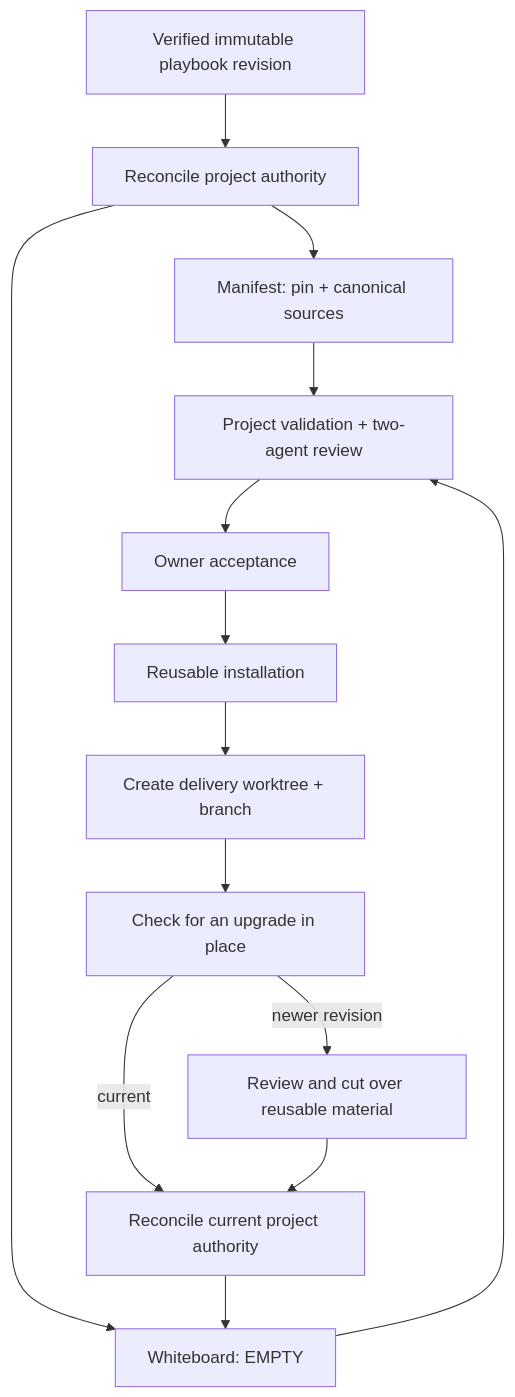
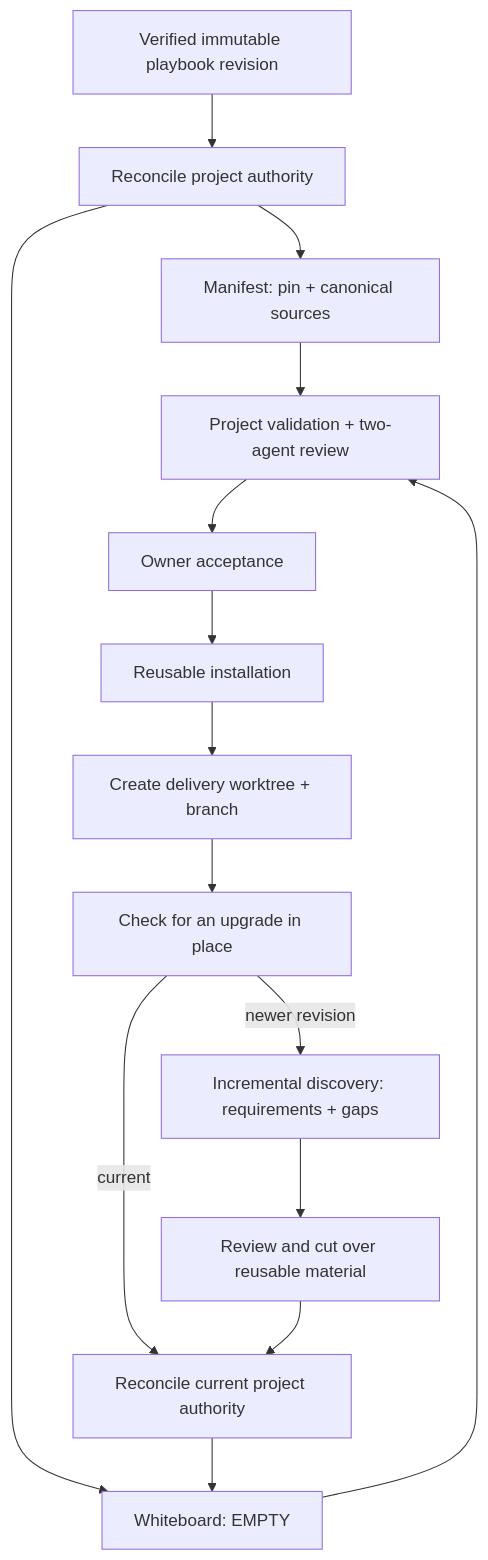
Before and after one commit to hhhhhusky777/spec-driven-delivery-playbook: the third of 15 diagrams in README.md, drawn with Mermaid. The commit also changed other lines of this file and 6 other files, not shown here.

````diff
--- a/README.md
+++ b/README.md
@@ -212,16 +217,17 @@
 ```mermaid
 flowchart TD
     S["Verified immutable playbook revision"] --> R["Reconcile project authority"]
     R --> M["Manifest: pin + canonical sources"]
     R --> W["Whiteboard: EMPTY"]
     M --> V["Project validation + two-agent review"]
     W --> V
     V --> H["Owner acceptance"]
     H --> U["Reusable installation"]
     U --> B["Create delivery worktree + branch"]
     B --> N["Check for an upgrade in place"]
     N -->|"current"| A["Reconcile current project authority"]
-    N -->|"newer revision"| C["Review and cut over reusable material"]
+    N -->|"newer revision"| D["Incremental discovery: requirements + gaps"]
+    D --> C["Review and cut over reusable material"]
     C --> A
     A --> W
 ```
````
